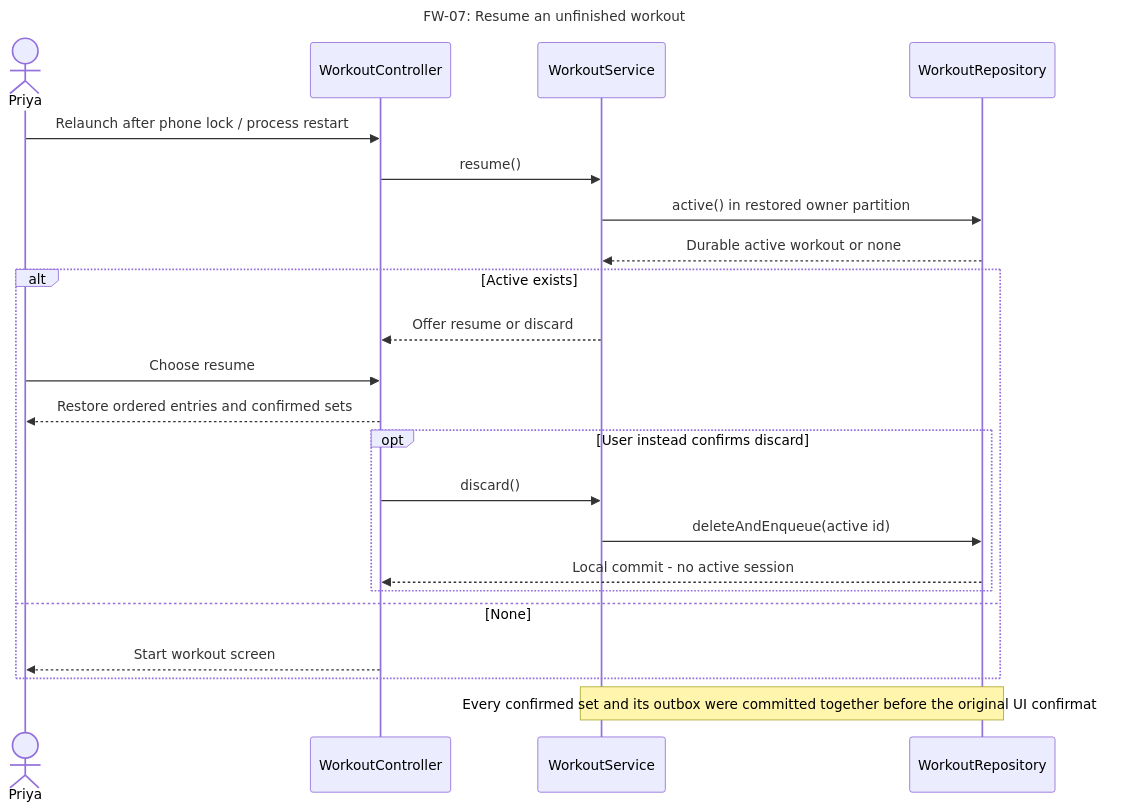
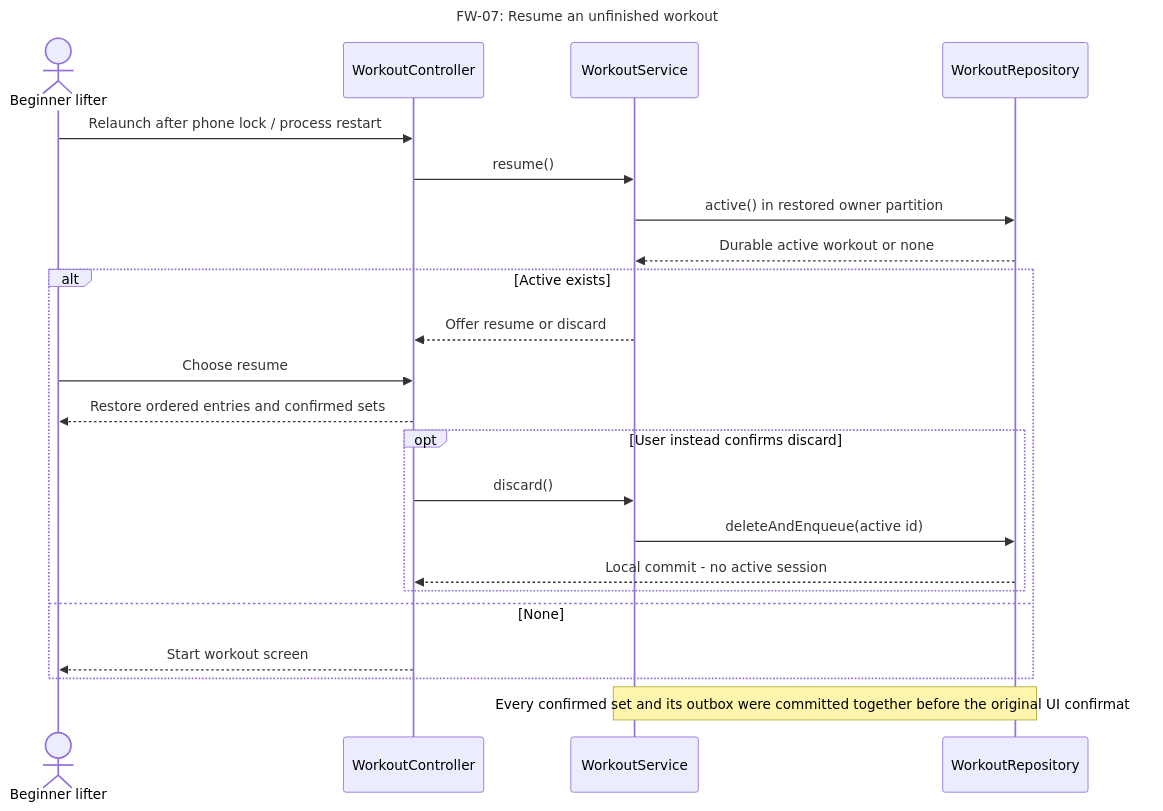
One commit to SebasLopez2005/SWEProject1 changed diagram 18 of 42 in docs/part2/design/README.md. Above: the diagram before and after it, drawn with Mermaid. The commit also changed other lines of this file and 43 other files, not shown here.

Commit message:
Align fitness diagrams with revised professor-reviewed report

````diff
--- a/docs/part2/design/README.md
+++ b/docs/part2/design/README.md
@@ -1141,25 +1143,25 @@
 ```mermaid
 sequenceDiagram
     title FW-07: Resume an unfinished workout
-    actor U as Priya
+    actor U as Beginner lifter
     participant C as WorkoutController
     participant S as WorkoutService
     participant R as WorkoutRepository
     U->>C: Relaunch after phone lock / process restart
     C->>S: resume()
     S->>R: active() in restored owner partition
     R-->>S: Durable active workout or none
     alt Active exists
      S-->>C: Offer resume or discard
      U->>C: Choose resume
      C-->>U: Restore ordered entries and confirmed sets
      opt User instead confirms discard
       C->>S: discard()
       S->>R: deleteAndEnqueue(active id)
       R-->>C: Local commit -  no active session
      end
     else None
      C-->>U: Start workout screen
     end
     Note over S,R: Every confirmed set and its outbox were committed together before the original UI confirmation.
 ```
````
